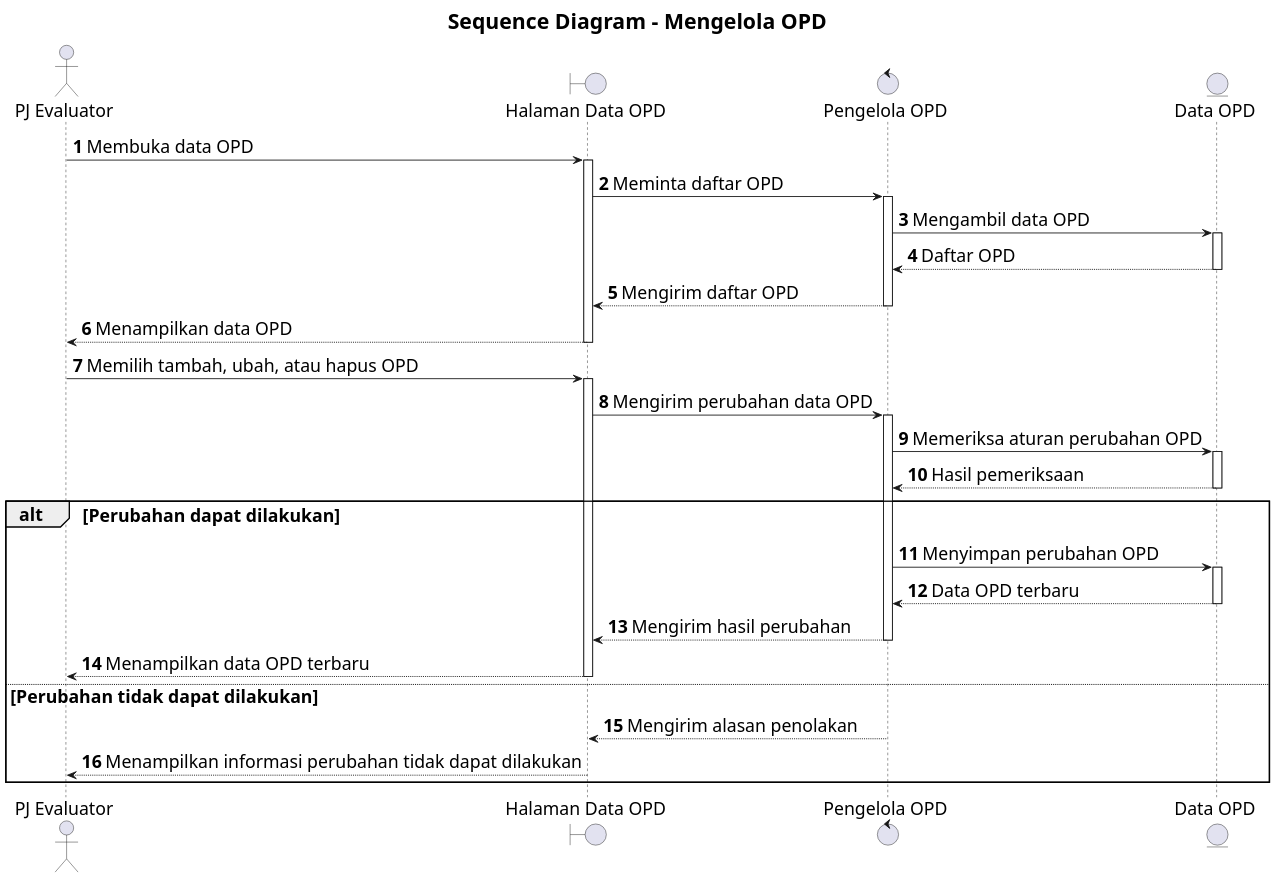
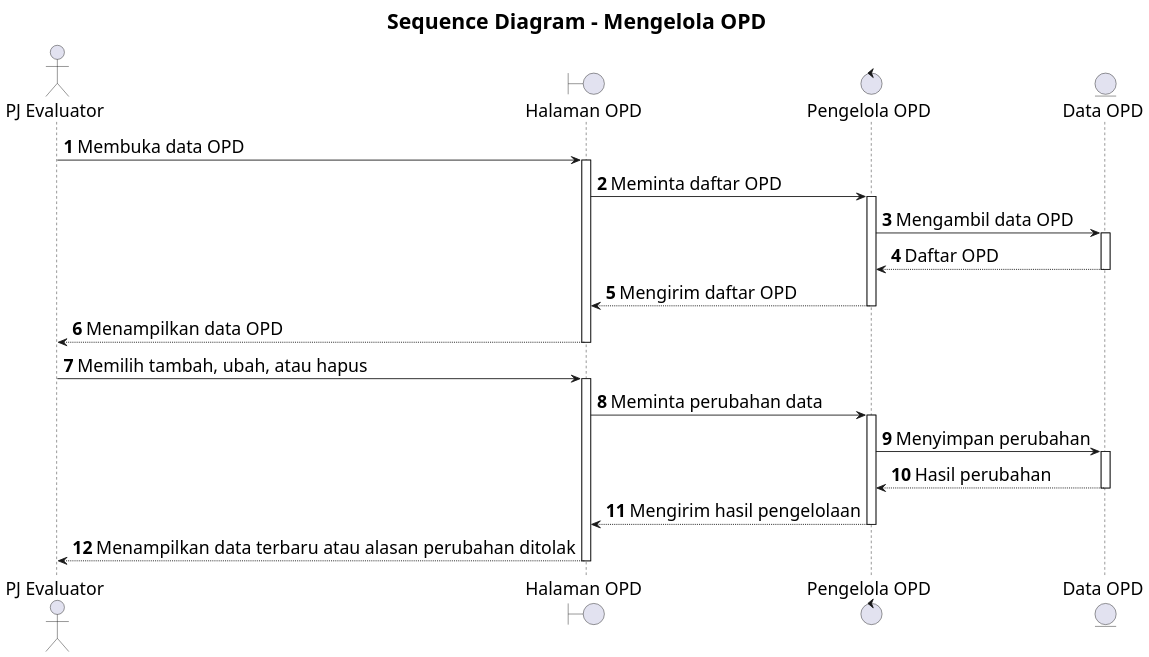
The diagram in docs/sequence/lampiran/pj-evaluator-mengelola-opd.md (howlil/sop-generate-app), drawn with PlantUML before and after one commit. The commit also changed other lines of this file and 20 other files, not shown here.

Commit message:
docs(sequence): simplify interaction detail across use cases

````diff
--- a/docs/sequence/lampiran/pj-evaluator-mengelola-opd.md
+++ b/docs/sequence/lampiran/pj-evaluator-mengelola-opd.md
@@ -16,39 +16,31 @@
 ```plantuml
 @startuml
 skinparam defaultFontSize 20
 skinparam titleFontSize 24
 skinparam dpi 160
 
 title Sequence Diagram - Mengelola OPD
 autonumber
 autoactivate on
 
 actor "PJ Evaluator" as A
-boundary "Halaman Data OPD" as B
+boundary "Halaman OPD" as B
 control "Pengelola OPD" as C
 entity "Data OPD" as D
 
 A -> B : Membuka data OPD
 B -> C : Meminta daftar OPD
 C -> D : Mengambil data OPD
 D --> C : Daftar OPD
 C --> B : Mengirim daftar OPD
 B --> A : Menampilkan data OPD
 
-A -> B : Memilih tambah, ubah, atau hapus OPD
-B -> C : Mengirim perubahan data OPD
-C -> D : Memeriksa aturan perubahan OPD
-D --> C : Hasil pemeriksaan
-
-alt Perubahan dapat dilakukan
-  C -> D : Menyimpan perubahan OPD
-  D --> C : Data OPD terbaru
-  C --> B : Mengirim hasil perubahan
-  B --> A : Menampilkan data OPD terbaru
-else Perubahan tidak dapat dilakukan
-  C --> B : Mengirim alasan penolakan
-  B --> A : Menampilkan informasi perubahan tidak dapat dilakukan
-end
+A -> B : Memilih tambah, ubah, atau hapus
+B -> C : Meminta perubahan data
+C -> D : Menyimpan perubahan
+D --> C : Hasil perubahan
+C --> B : Mengirim hasil pengelolaan
+B --> A : Menampilkan data terbaru atau alasan perubahan ditolak
 
 @enduml
 ```
````
